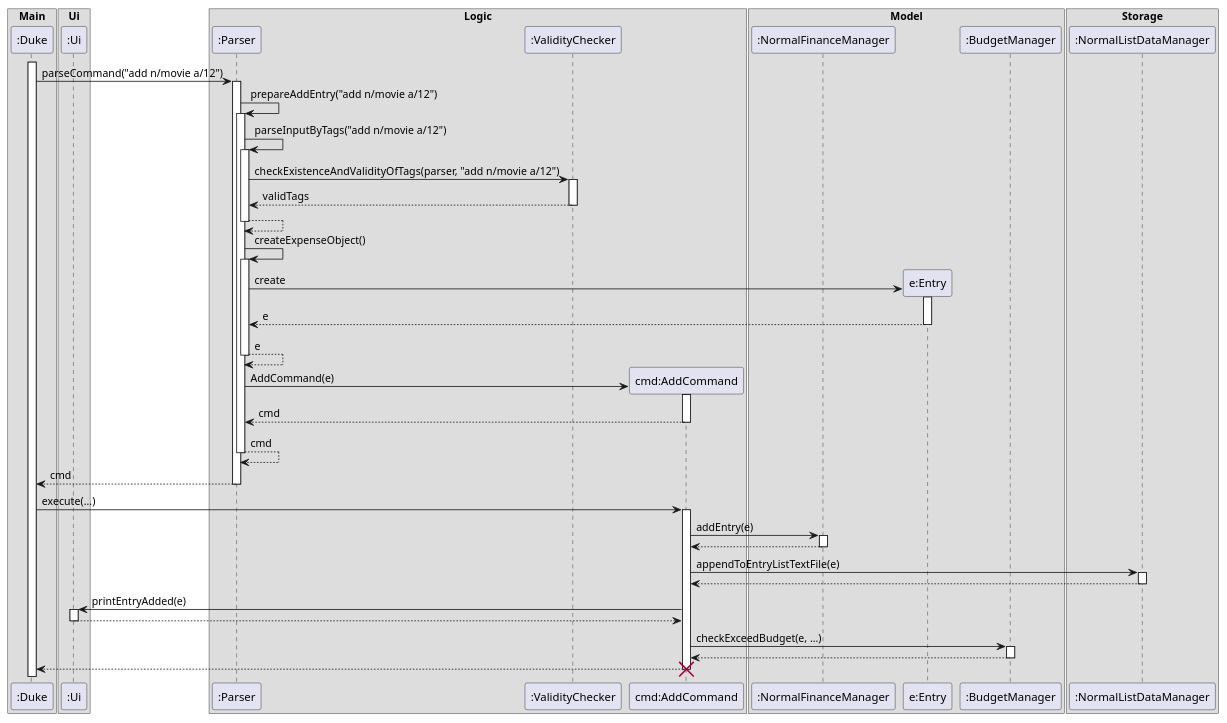
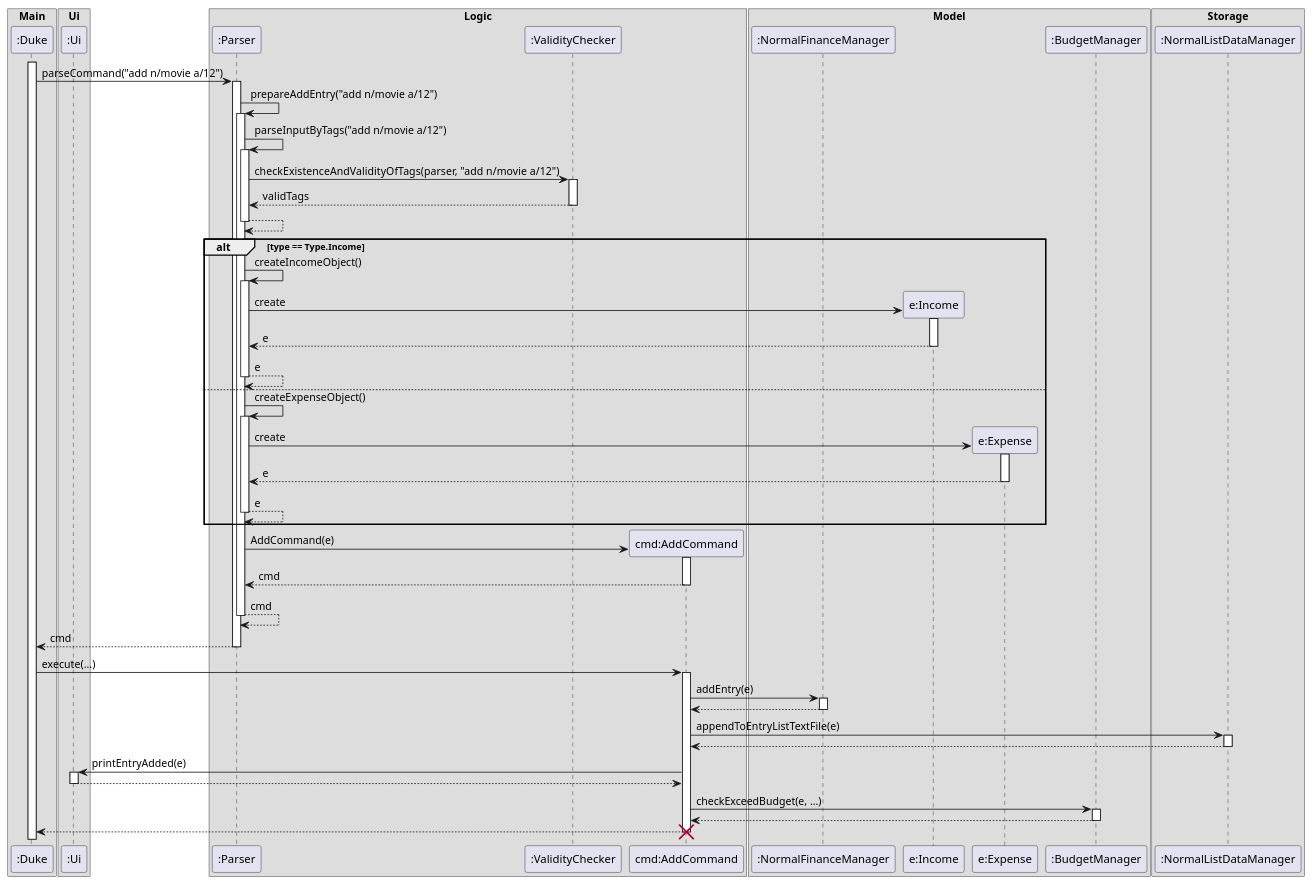
One commit to yanjia1777/tp changed the diagram in docs/diagrams/LogicSequenceDiagram.puml. Above: the diagram before and after it, drawn with PlantUML. The commit also changed 1 other file, not shown here.

Commit message:
Update logic sequence diagram

```diff
--- a/docs/diagrams/LogicSequenceDiagram.puml
+++ b/docs/diagrams/LogicSequenceDiagram.puml
@@ -1,89 +1,102 @@
 @startuml
 box Main
 Participant ":Duke" as Duke
 end box
 box Ui
 Participant ":Ui" as Ui
 end box
 box Logic
 Participant ":Parser" as Parser
 Participant ":ValidityChecker" as Valid
 Participant "cmd:AddCommand" as DeleteCommand
 end box
 
 box Model
 Participant ":NormalFinanceManager" as NormalFinanceManager
-Participant "e:Entry" as Entry
+Participant "e:Income" as Entry2
+Participant "e:Expense" as Entry
 Participant ":BudgetManager" as Budget
 end box
 
 box Storage
 Participant ":NormalListDataManager" as NormalListDataManager
 end box
 
 activate Duke
 Duke -> Parser : parseCommand("add n/movie a/12")
 activate Parser
 
 Parser -> Parser : prepareAddEntry("add n/movie a/12")
 activate Parser
 Parser -> Parser : parseInputByTags("add n/movie a/12")
 activate Parser
 Parser -> Valid : checkExistenceAndValidityOfTags(parser, "add n/movie a/12")
 activate Valid
 Valid --> Parser : validTags
 deactivate Valid
 
 Parser --> Parser
 deactivate Parser
-Parser -> Parser : createExpenseObject()
+alt type == Type.Income
+    Parser -> Parser : createIncomeObject()
+    activate Parser
+    create Entry2
+    Parser -> Entry2 : create
+    activate Entry2
+    Entry2 --> Parser : e
+    deactivate Entry2
+    Parser --> Parser : e
+    deactivate Parser
+else
+    Parser -> Parser : createExpenseObject()
+    activate Parser
+        create Entry
+        Parser -> Entry : create
+        activate Entry
+        Entry --> Parser : e
+        deactivate Entry
+        Parser --> Parser : e
+        deactivate Parser
+end
+activate Parser
 
-activate Parser
-create Entry
-
-Parser -> Entry : create
-activate Entry
-Entry --> Parser : e
-deactivate Entry
-Parser --> Parser : e
-deactivate Parser
 
 create DeleteCommand
 Parser -> DeleteCommand : AddCommand(e)
 activate DeleteCommand
 DeleteCommand --> Parser : cmd
 deactivate DeleteCommand
 Parser --> Parser : cmd
 deactivate Parser
 Parser --> Duke : cmd
 
 deactivate Parser
 
 Duke -> DeleteCommand : execute(...)
 
 activate DeleteCommand
 DeleteCommand -> NormalFinanceManager : addEntry(e)
 activate NormalFinanceManager
 NormalFinanceManager --> DeleteCommand
 deactivate NormalFinanceManager
 
 DeleteCommand -> NormalListDataManager : appendToEntryListTextFile(e)
 activate NormalListDataManager
 NormalListDataManager --> DeleteCommand
 deactivate NormalListDataManager
 
 
 DeleteCommand -> Ui : printEntryAdded(e)
 
 activate Ui
 Ui --> DeleteCommand
 deactivate Ui
 DeleteCommand -> Budget : checkExceedBudget(e, ...)
 activate Budget
 Budget --> DeleteCommand
 deactivate Budget
 
 DeleteCommand --> Duke
 deactivate DeleteCommand
 destroy DeleteCommand
 @enduml
```
